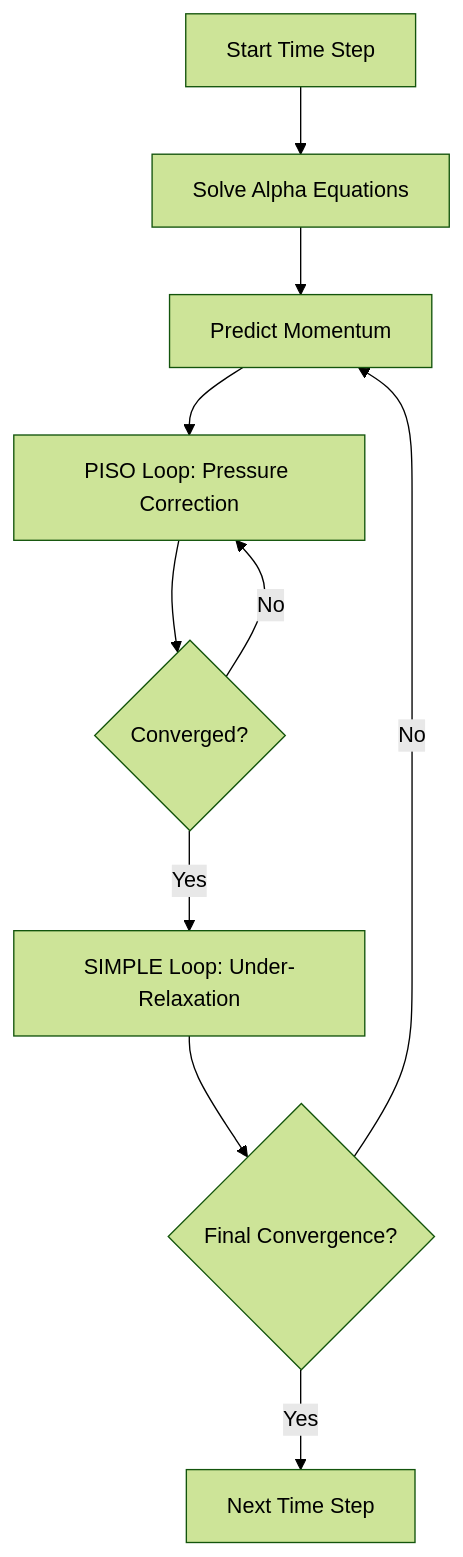
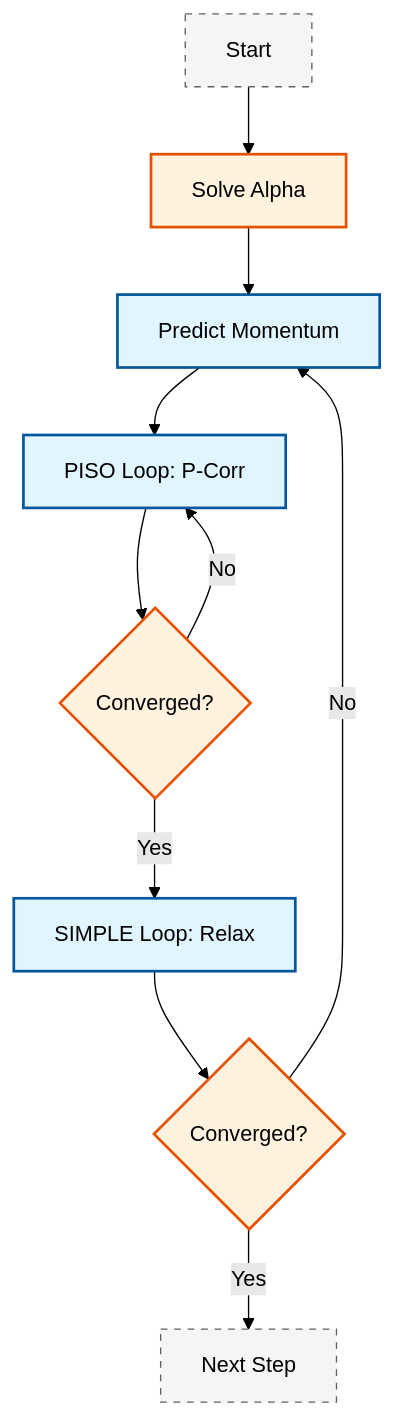
The first of 2 diagrams in MODULE_04_MULTIPHASE_FUNDAMENTALS/CONTENT/02_MULTIPHASE_BASICS/00_Overview.md (wramet/build-my-cfd), drawn with Mermaid (forest theme) before and after one commit. The commit also changed other lines of this file and 313 other files, not shown here.

Commit message:
Revise all diagram

````diff
--- a/MODULE_04_MULTIPHASE_FUNDAMENTALS/CONTENT/02_MULTIPHASE_BASICS/00_Overview.md
+++ b/MODULE_04_MULTIPHASE_FUNDAMENTALS/CONTENT/02_MULTIPHASE_BASICS/00_Overview.md
@@ -198,12 +198,15 @@
 ```mermaid
 flowchart TD
-    A[Start Time Step] --> B[Solve Alpha Equations]
-    B --> C[Predict Momentum]
-    C --> D[PISO Loop: Pressure Correction]
-    D --> E{Converged?}
-    E -->|No| D
-    E -->|Yes| F[SIMPLE Loop: Under-Relaxation]
-    F --> G{Final Convergence?}
-    G -->|No| C
-    G -->|Yes| H[Next Time Step]
+classDef implicit fill:#e1f5fe,stroke:#01579b,stroke-width:2px,color:#000
+classDef explicit fill:#fff3e0,stroke:#e65100,stroke-width:2px,color:#000
+classDef context fill:#f5f5f5,stroke:#616161,stroke-width:1px,color:#000,stroke-dasharray: 5 5
+A[Start]:::context --> B[Solve Alpha]:::explicit
+B --> C[Predict Momentum]:::implicit
+C --> D[PISO Loop: P-Corr]:::implicit
+D --> E{Converged?}:::explicit
+E -->|No| D
+E -->|Yes| F[SIMPLE Loop: Relax]:::implicit
+F --> G{Converged?}:::explicit
+G -->|No| C
+G -->|Yes| H[Next Step]:::context
 ```
````
